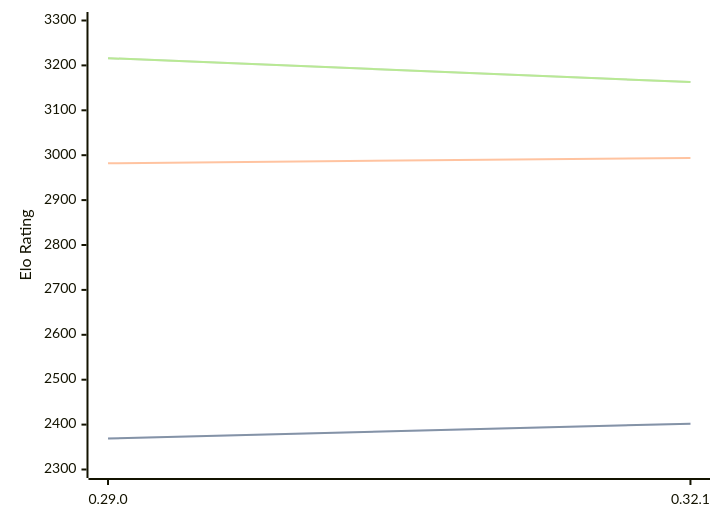
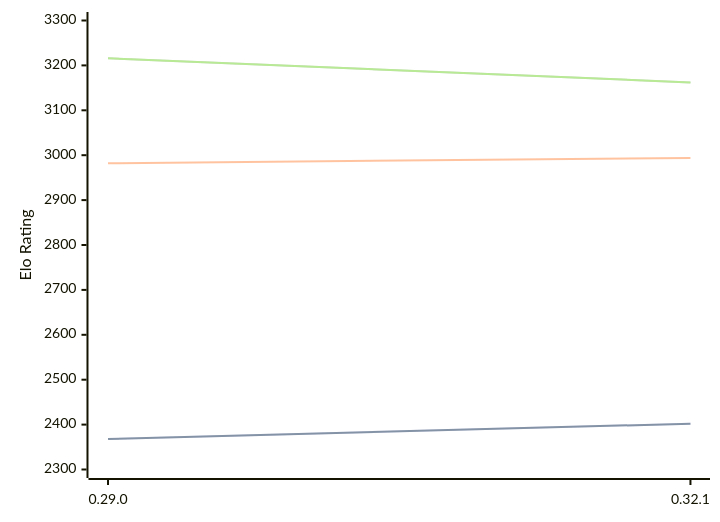
Before and after one commit to computer-chess-index/cci: the first of 3 diagrams in engines/Lc0.md, drawn with Mermaid. The commit also changed other lines of this file, not shown here.

Commit message:
Update CCI Ratings (ELO VLTC) - 2026-06-27

````diff
--- a/engines/Lc0.md
+++ b/engines/Lc0.md
@@ -68,11 +68,11 @@
 ```mermaid
 %%{init: {"theme":"base","themeVariables":{"seriesColors:['#a3a3a3','#222221','#faa371']}}}%%
 xychart-beta
   x-axis ["0.29.0", "0.32.1"]
   y-axis "Elo Rating" 2300 --> 3300
-  line "STC (8.0+0.08s)" [2369, 2402]
-  line "STC (8.0+0.08s)" [2369, 2402]
+  line "STC (8.0+0.08s)" [2368, 2402]
+  line "STC (8.0+0.08s)" [2368, 2402]
   line "LTC (60.0+0.60s)" [2982, 2994]
-  line "VLTC (2m24s+1.12s)" [3216, 3163]
-  line "VLTC (2m24s+1.12s)" [3216, 3163]
+  line "VLTC (2m24s+1.12s)" [3216, 3162]
+  line "VLTC (2m24s+1.12s)" [3216, 3162]
 ```
````
